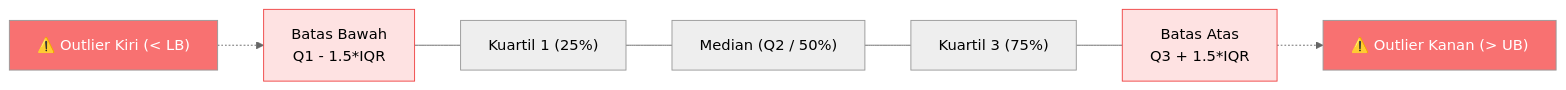
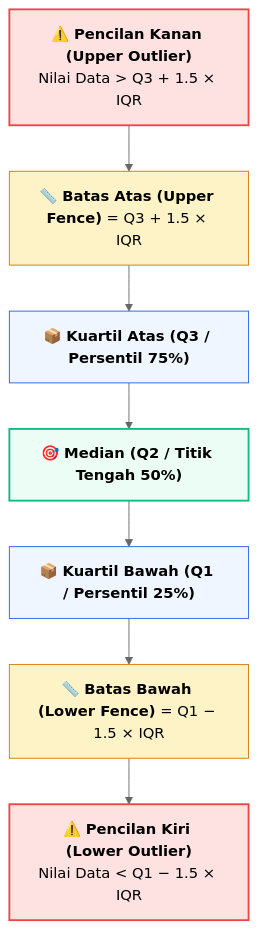
Before and after one commit to mahendaruui/Perkuliahan: the third of 3 diagrams in docs/visualisasi-data/04-data-wrangling-eda-pandas.md, drawn with Mermaid (neutral theme). The commit also changed other lines of this file and 15 other files, not shown here.

Commit message:
refactor: update and standardize mermaid diagrams across all documentation modules

````diff
--- a/docs/visualisasi-data/04-data-wrangling-eda-pandas.md
+++ b/docs/visualisasi-data/04-data-wrangling-eda-pandas.md
@@ -75,15 +67,18 @@
 ```mermaid
-flowchart LR
-    LB["Batas Bawah<br>Q1 - 1.5*IQR"] --- Q1["Kuartil 1 (25%)"]
-    Q1 --- Median["Median (Q2 / 50%)"]
-    Median --- Q3["Kuartil 3 (75%)"]
-    Q3 --- UB["Batas Atas<br>Q3 + 1.5*IQR"]
+flowchart TD
+    OutlierR["⚠️ <b>Pencilan Kanan (Upper Outlier)</b><br>Nilai Data > Q3 + 1.5 × IQR"]
+    --> UB["📏 <b>Batas Atas (Upper Fence)</b> = Q3 + 1.5 × IQR"]
+    --> Q3["📦 <b>Kuartil Atas (Q3 / Persentil 75%)</b>"]
+    --> Median["🎯 <b>Median (Q2 / Titik Tengah 50%)</b>"]
+    --> Q1["📦 <b>Kuartil Bawah (Q1 / Persentil 25%)</b>"]
+    --> LB["📏 <b>Batas Bawah (Lower Fence)</b> = Q1 − 1.5 × IQR"]
+    --> OutlierL["⚠️ <b>Pencilan Kiri (Lower Outlier)</b><br>Nilai Data < Q1 − 1.5 × IQR"]
 
-    OutlierL["⚠️ Outlier Kiri (< LB)"] -.-> LB
-    UB -.-> OutlierR["⚠️ Outlier Kanan (> UB)"]
-
-    style LB fill:#fee2e2,stroke:#ef4444
-    style UB fill:#fee2e2,stroke:#ef4444
-    style OutlierL fill:#f87171,color:#ffffff
-    style OutlierR fill:#f87171,color:#ffffff
+    style OutlierR fill:#fee2e2,stroke:#ef4444,stroke-width:2px
+    style UB fill:#fef3c7,stroke:#d97706,stroke-width:1px
+    style Q3 fill:#eff6ff,stroke:#2563eb,stroke-width:1px
+    style Median fill:#ecfdf5,stroke:#10b981,stroke-width:2px
+    style Q1 fill:#eff6ff,stroke:#2563eb,stroke-width:1px
+    style LB fill:#fef3c7,stroke:#d97706,stroke-width:1px
+    style OutlierL fill:#fee2e2,stroke:#ef4444,stroke-width:2px
 ```
````
